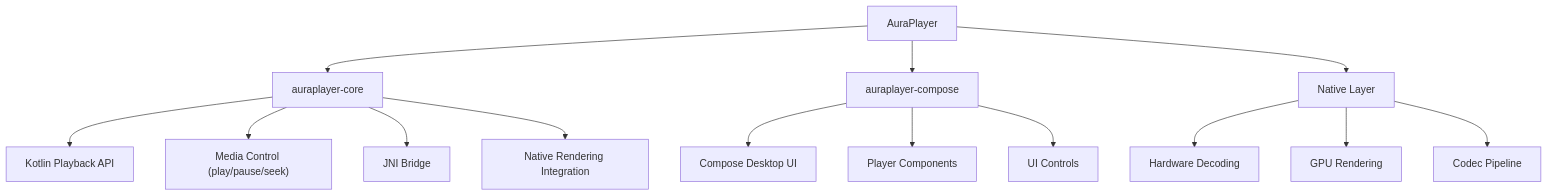
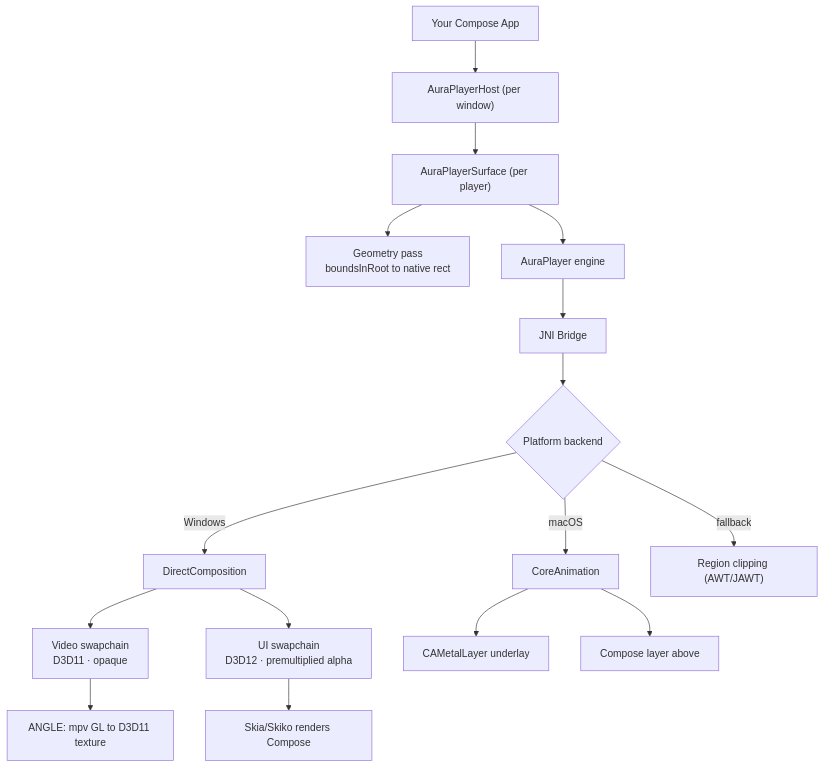
The diagram in README.md (M0ssi-P/AuraPlayer), drawn with Mermaid before and after one commit. The commit also changed other lines of this file and 4 other files, not shown here.

````diff
--- a/README.md
+++ b/README.md
@@ -98,25 +62,29 @@
 ```mermaid
 flowchart TD
-    AuraPlayer["AuraPlayer"]
+    App["Your Compose App"]
 
-    Core["auraplayer-core"]
-    Compose["auraplayer-compose"]
-    Native["Native Layer"]
+    Host["AuraPlayerHost (per window)"]
+    Surface["AuraPlayerSurface (per player)"]
 
-    AuraPlayer --> Core
-    AuraPlayer --> Compose
-    AuraPlayer --> Native
+    App --> Host
+    Host --> Surface
 
-    Core --> CoreAPI["Kotlin Playback API"]
-    Core --> MediaCtrl["Media Control (play/pause/seek)"]
-    Core --> JNI["JNI Bridge"]
-    Core --> NativeRender["Native Rendering Integration"]
+    Surface --> Geom["Geometry pass<br/>boundsInRoot to native rect"]
+    Surface --> Engine["AuraPlayer engine"]
 
-    Compose --> ComposeUI["Compose Desktop UI"]
-    Compose --> Components["Player Components"]
-    Compose --> UIControls["UI Controls"]
+    Engine --> JNI["JNI Bridge"]
+    JNI --> Backend{"Platform backend"}
 
-    Native --> HWDecode["Hardware Decoding"]
-    Native --> GPU["GPU Rendering"]
-    Native --> Codec["Codec Pipeline"]
+    Backend -->|Windows| DComp["DirectComposition"]
+    Backend -->|macOS| CA["CoreAnimation"]
+    Backend -->|fallback| Region["Region clipping (AWT/JAWT)"]
+
+    DComp --> VideoSC["Video swapchain<br/>D3D11 · opaque"]
+    DComp --> UiSC["UI swapchain<br/>D3D12 · premultiplied alpha"]
+
+    VideoSC --> ANGLE["ANGLE: mpv GL to D3D11 texture"]
+    UiSC --> Skia["Skia/Skiko renders Compose"]
+
+    CA --> Metal["CAMetalLayer underlay"]
+    CA --> ComposeLayer["Compose layer above"]
 ```
````
